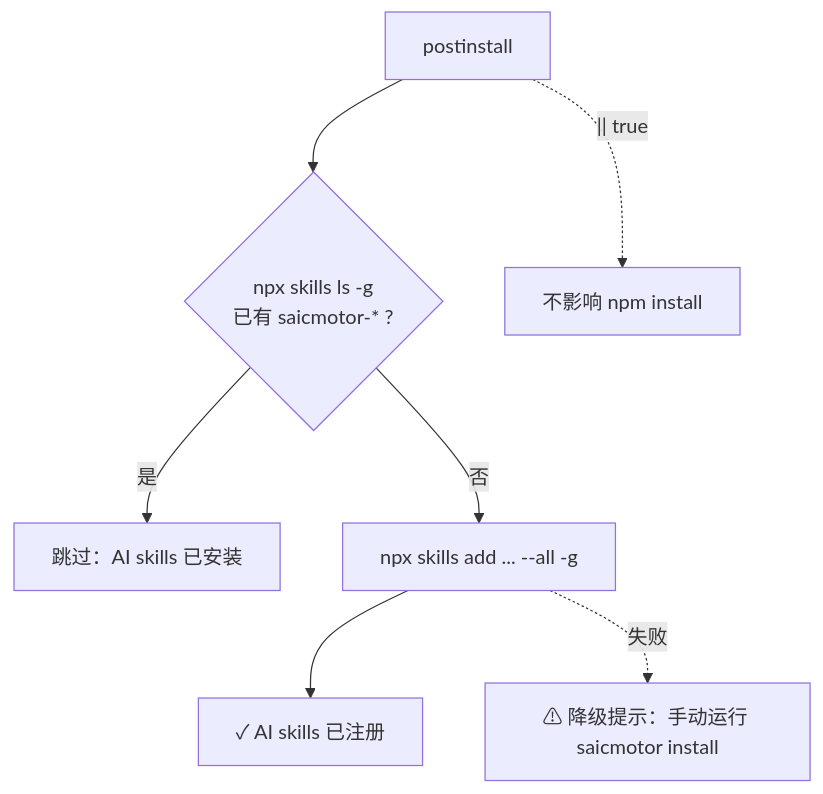
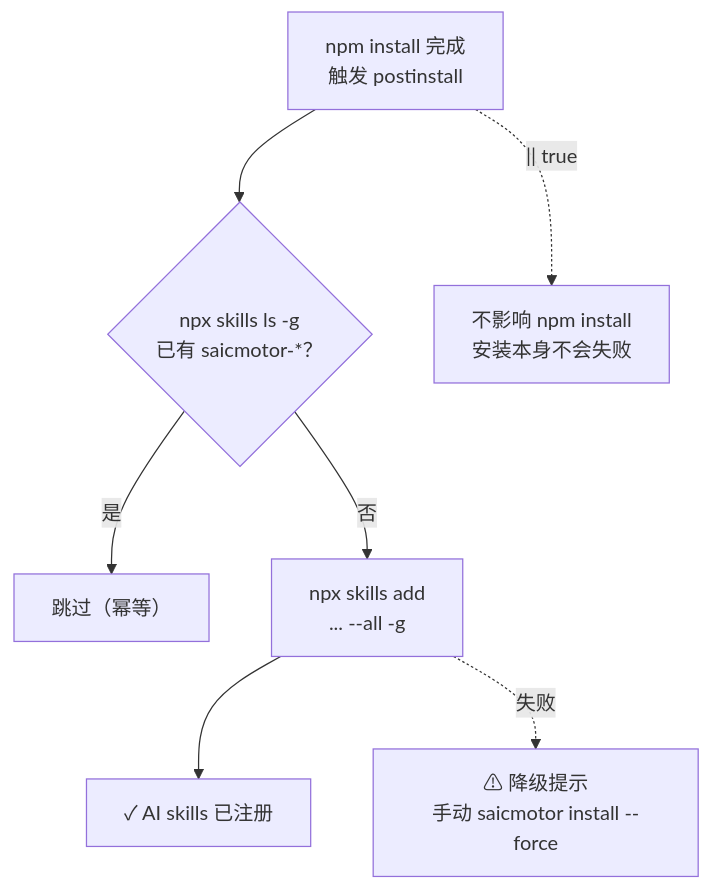
One commit to a5535772/saicmotor-cli changed the tenth of 16 diagrams in docs/ARCHITECTURE.md. Above: the diagram before and after it, drawn with Mermaid. The commit also changed other lines of this file and 40 other files, not shown here.

````diff
--- a/docs/ARCHITECTURE.md
+++ b/docs/ARCHITECTURE.md
@@ -576,9 +456,9 @@
 ```mermaid
 flowchart TB
-    POST["postinstall"] --> CHECK{"npx skills ls -g<br/>已有 saicmotor-* ?"}
-    CHECK -->|"是"| SKIP["跳过：AI skills 已安装"]
-    CHECK -->|"否"| ADD["npx skills add ... --all -g"]
-    ADD --> SUCCESS["✓ AI skills 已注册"]
-    ADD -.->|"失败"| WARN["⚠ 降级提示：手动运行 saicmotor install"]
-    POST -.->|"|| true"| OK["不影响 npm install"]
+    POST["npm install 完成<br/>触发 postinstall"] --> CHECK{"npx skills ls -g<br/>已有 saicmotor-*？"}
+    CHECK -->|"是"| SKIP["跳过（幂等）"]
+    CHECK -->|"否"| ADD["npx skills add<br/>... --all -g"]
+    ADD --> OK["✓ AI skills 已注册"]
+    ADD -.->|"失败"| WARN["⚠ 降级提示<br/>手动 saicmotor install --force"]
+    POST -.->|"|| true"| SAFE["不影响 npm install<br/>安装本身不会失败"]
 ```
````
